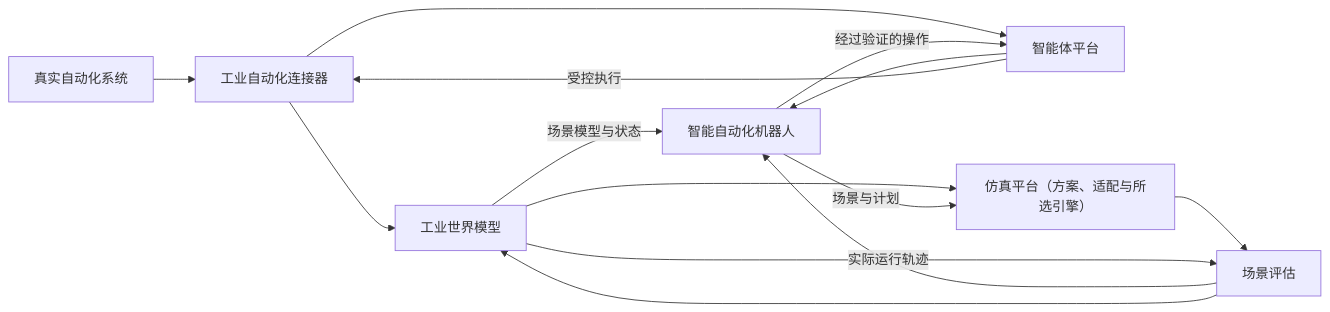
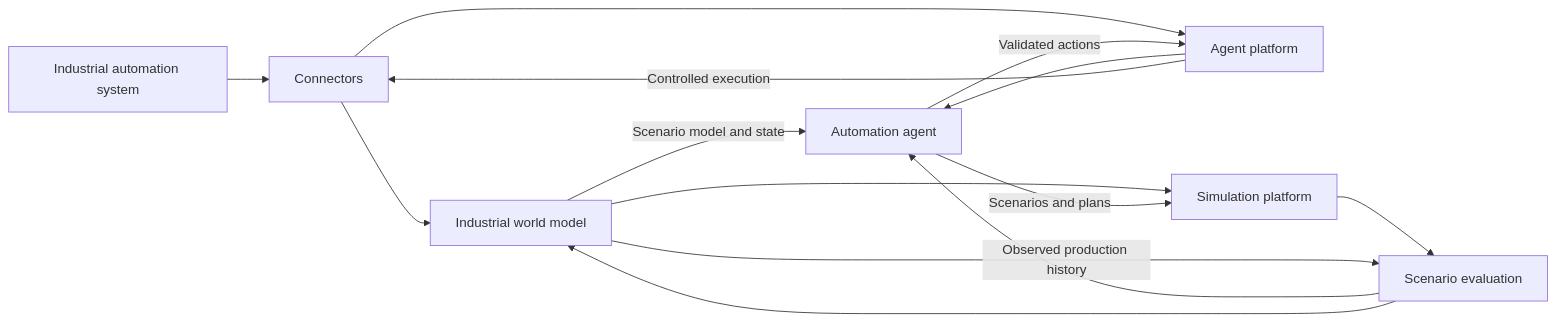
The diagram in README.md (simulator-bot/design-docs), drawn with Mermaid before and after one commit. The commit also changed other lines of this file and 1 other file, not shown here.

````diff
--- a/README.md
+++ b/README.md
@@ -11,16 +11,16 @@
 ```mermaid
 flowchart LR
-    R[真实自动化系统] --> C[工业自动化连接器]
-    C --> W[工业世界模型]
-    C --> P[智能体平台]
-    P --> A[智能自动化机器人]
-    W -->|场景模型与状态| A
-    W --> S[仿真平台（方案、适配与所选引擎）]
-    A -->|场景与计划| S
-    S --> E[场景评估]
-    W -->|实际运行轨迹| E
+    R[Industrial automation system] --> C[Connectors]
+    C --> W[Industrial world model]
+    C --> P[Agent platform]
+    P --> A[Automation agent]
+    W -->|Scenario model and state| A
+    W --> S[Simulation platform]
+    A -->|Scenarios and plans| S
+    S --> E[Scenario evaluation]
+    W -->|Observed production history| E
     E --> A
     E --> W
-    A -->|经过验证的操作| P
-    P -->|受控执行| C
+    A -->|Validated actions| P
+    P -->|Controlled execution| C
 ```
````
